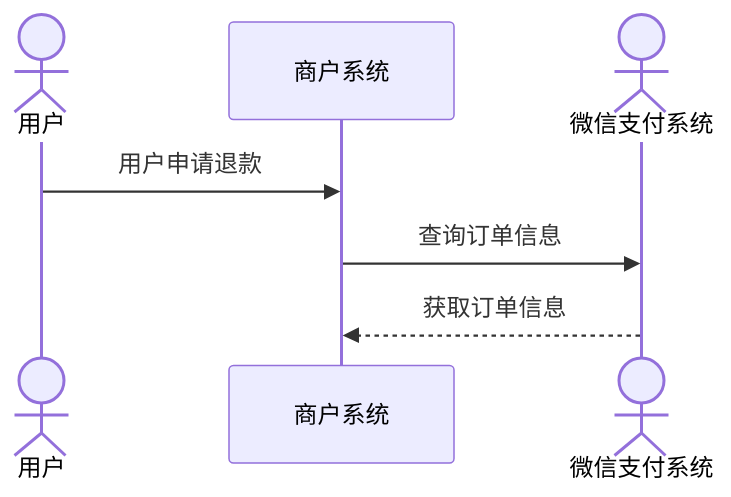
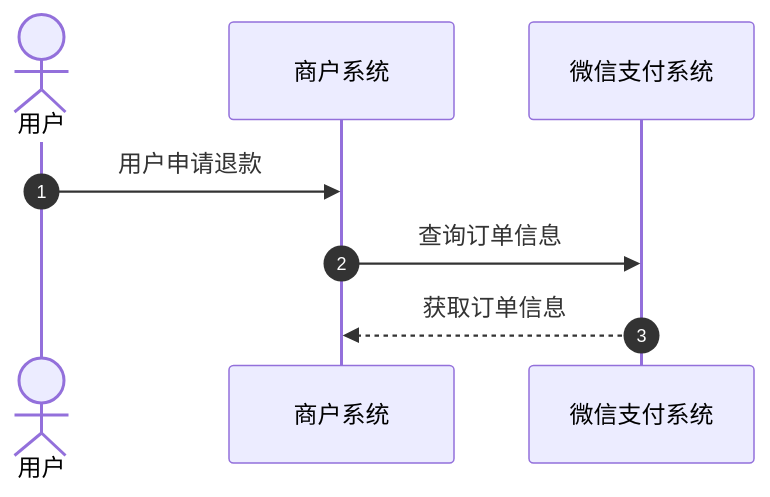
The first of 5 diagrams in docs/partner/pages/4013080623.md (minibear2021/wechatpay_docs), drawn with Mermaid before and after one commit. The commit also changed other lines of this file and 7 other files, not shown here.

````diff
--- a/docs/partner/pages/4013080623.md
+++ b/docs/partner/pages/4013080623.md
@@ -15,11 +15,10 @@
 ```mermaid
 sequenceDiagram
-
-        actor User as 用户
-        participant Mch as 商户系统
-        participant WxPay@{ type: actor, xwattType: secondaryActor } as 微信支付系统
-
-        User->>Mch: 用户申请退款
-        Mch->>WxPay: 查询订单信息
-        WxPay-->>Mch: 获取订单信息
+  autonumber
+  actor p0 as 用户
+  participant p1 as 商户系统
+  participant p2 as 微信支付系统
+  p0->>p1: 用户申请退款
+  p1->>p2: 查询订单信息
+  p2-->>p1: 获取订单信息
 ```
````
